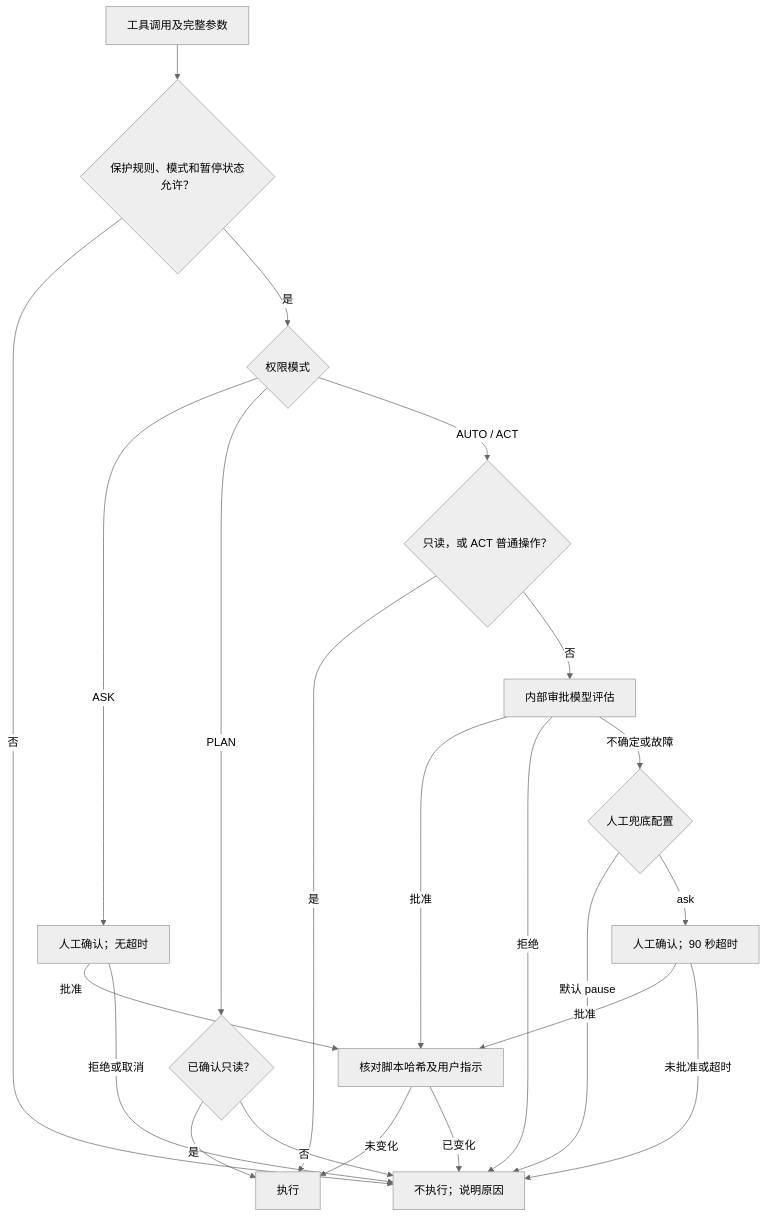
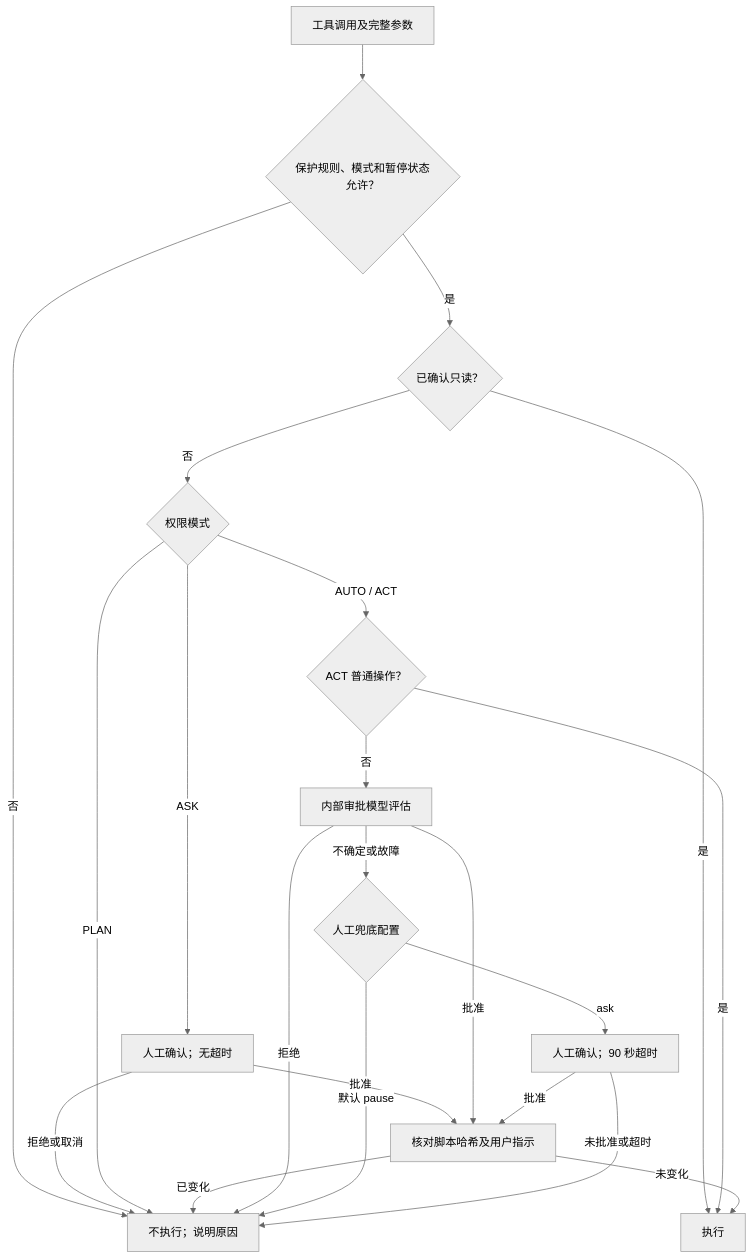
The first of 2 diagrams in agent/customization/Pi Agent 本机配置维护手册.md (Jeoitim/my-slim-pi), drawn with Mermaid (neutral theme) before and after one commit. The commit also changed other lines of this file and 24 other files, not shown here.

````diff
--- a/agent/customization/Pi Agent 本机配置维护手册.md
+++ b/agent/customization/Pi Agent 本机配置维护手册.md
@@ -69,24 +71,24 @@
 ```mermaid
 flowchart TD
     A[工具调用及完整参数] --> B{保护规则、模式和暂停状态允许？}
     B -->|否| X[不执行；说明原因]
-    B -->|是| M{权限模式}
+    B -->|是| R{已确认只读？}
+    R -->|是| E[执行]
+    R -->|否| M{权限模式}
     M -->|ASK| H[人工确认；无超时]
     H -->|批准| F[核对脚本哈希及用户指示]
     H -->|拒绝或取消| X
-    M -->|PLAN| R{已确认只读？}
-    R -->|是| E[执行]
-    R -->|否| X
-    M -->|AUTO / ACT| C{只读，或 ACT 普通操作？}
+    M -->|PLAN| X
+    M -->|AUTO / ACT| C{ACT 普通操作？}
     C -->|是| E
     C -->|否| V[内部审批模型评估]
     V -->|批准| F
     F -->|未变化| E
     F -->|已变化| X
     V -->|拒绝| X
     V -->|不确定或故障| U{人工兜底配置}
     U -->|默认 pause| X
     U -->|ask| W[人工确认；90 秒超时]
     W -->|批准| F
     W -->|未批准或超时| X
 ```
````
